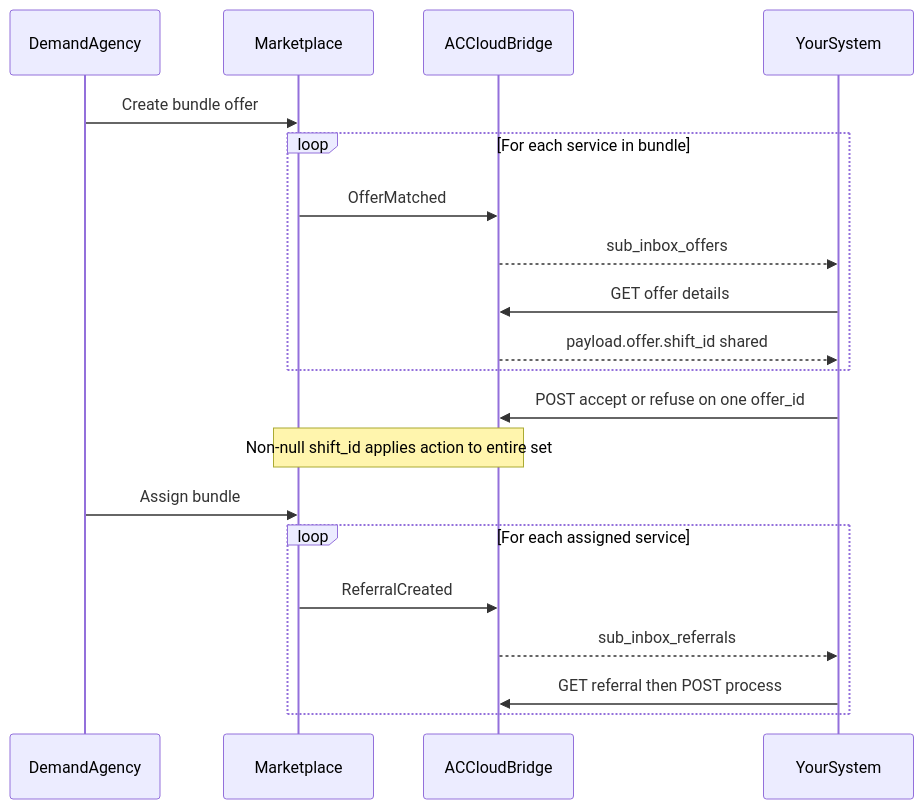
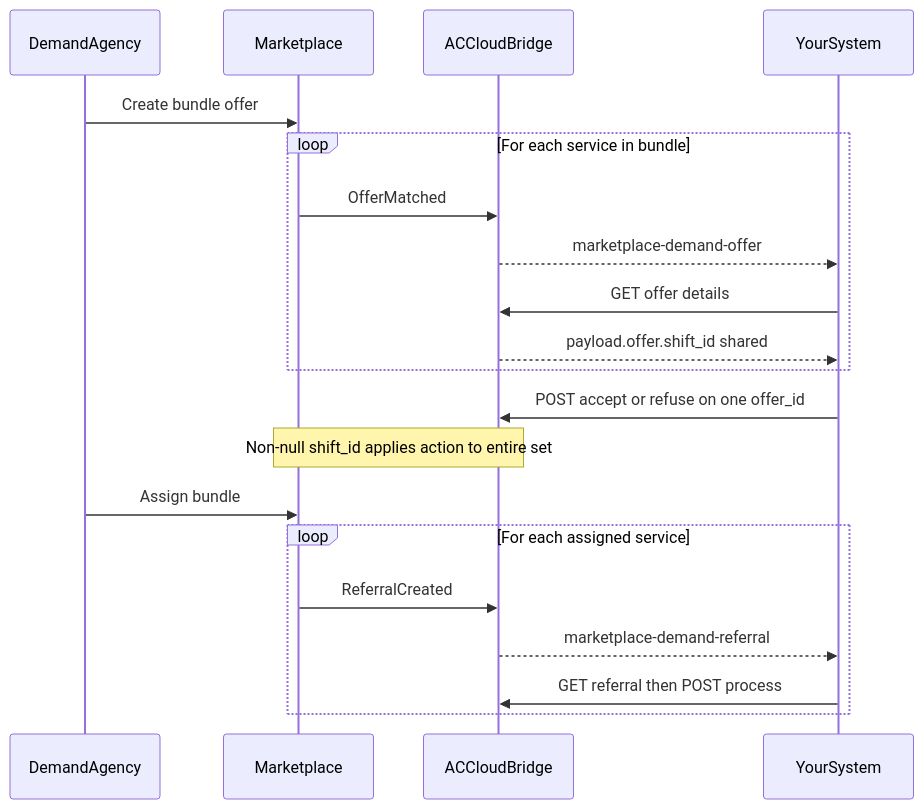
Before and after one commit to AlayaCare/alayamarket-third-party-integration: the diagram in docs/workflows/bundle-offers.md, drawn with Mermaid. The commit also changed other lines of this file and 1 other file, not shown here.

````diff
--- a/docs/workflows/bundle-offers.md
+++ b/docs/workflows/bundle-offers.md
@@ -94,23 +95,23 @@
 ```mermaid
 sequenceDiagram
     participant DA as DemandAgency
     participant MP as Marketplace
     participant AC as ACCloudBridge
     participant ThreeP as YourSystem
 
     DA->>MP: Create bundle offer
     loop For each service in bundle
         MP->>AC: OfferMatched
-        AC-->>ThreeP: sub_inbox_offers
+        AC-->>ThreeP: marketplace-demand-offer
         ThreeP->>AC: GET offer details
         AC-->>ThreeP: payload.offer.shift_id shared
     end
     ThreeP->>AC: POST accept or refuse on one offer_id
     Note over AC,MP: Non-null shift_id applies action to entire set
     DA->>MP: Assign bundle
     loop For each assigned service
         MP->>AC: ReferralCreated
-        AC-->>ThreeP: sub_inbox_referrals
+        AC-->>ThreeP: marketplace-demand-referral
         ThreeP->>AC: GET referral then POST process
     end
 ```
````
